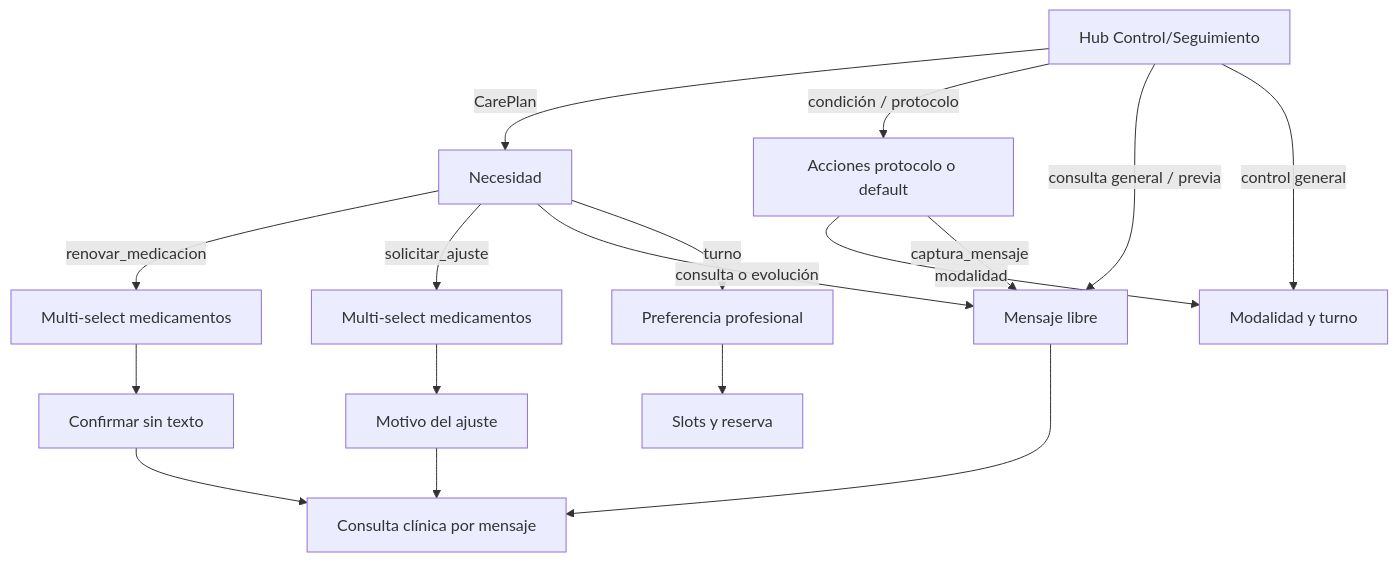
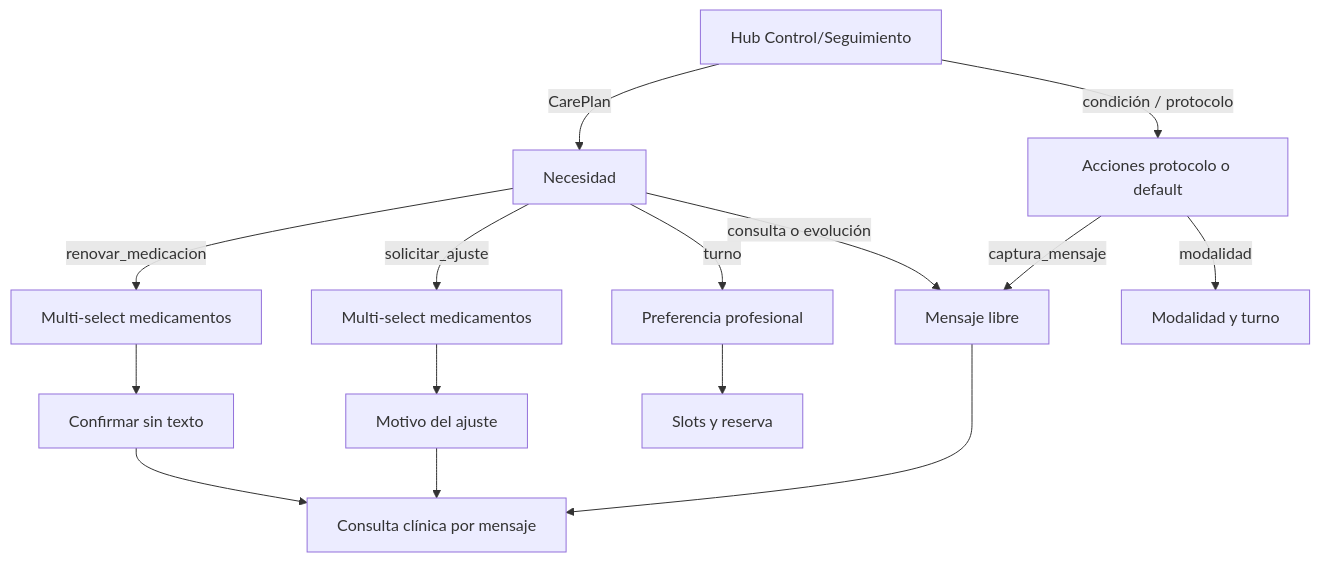
The diagram in web/docs/producto/consultas-seguimiento.md (luischanferoni/bioenlace), drawn with Mermaid before and after one commit. The commit also changed other lines of this file and 18 other files, not shown here.

````diff
--- a/web/docs/producto/consultas-seguimiento.md
+++ b/web/docs/producto/consultas-seguimiento.md
@@ -39,20 +38,18 @@
 ```mermaid
 flowchart TD
   HUB[Hub Control/Seguimiento]
   HUB -->|CarePlan| NEC[Necesidad]
   HUB -->|condición / protocolo| ACC[Acciones protocolo o default]
-  HUB -->|consulta general / previa| MSG[Mensaje libre]
-  HUB -->|control general| TURN[Modalidad y turno]
   NEC -->|renovar_medicacion| MEDR[Multi-select medicamentos]
   MEDR --> CONFR[Confirmar sin texto]
   NEC -->|solicitar_ajuste| MEDA[Multi-select medicamentos]
   MEDA --> MOT[Motivo del ajuste]
-  NEC -->|consulta o evolución| MSG
+  NEC -->|consulta o evolución| MSG[Mensaje libre]
   NEC -->|turno| MOD[Preferencia profesional]
   MOD --> SLOTS[Slots y reserva]
-  ACC -->|modalidad| TURN
+  ACC -->|modalidad| TURN[Modalidad y turno]
   ACC -->|captura_mensaje| MSG
   CONFR --> ASYNC[Consulta clínica por mensaje]
   MOT --> ASYNC
   MSG --> ASYNC
 ```
````
